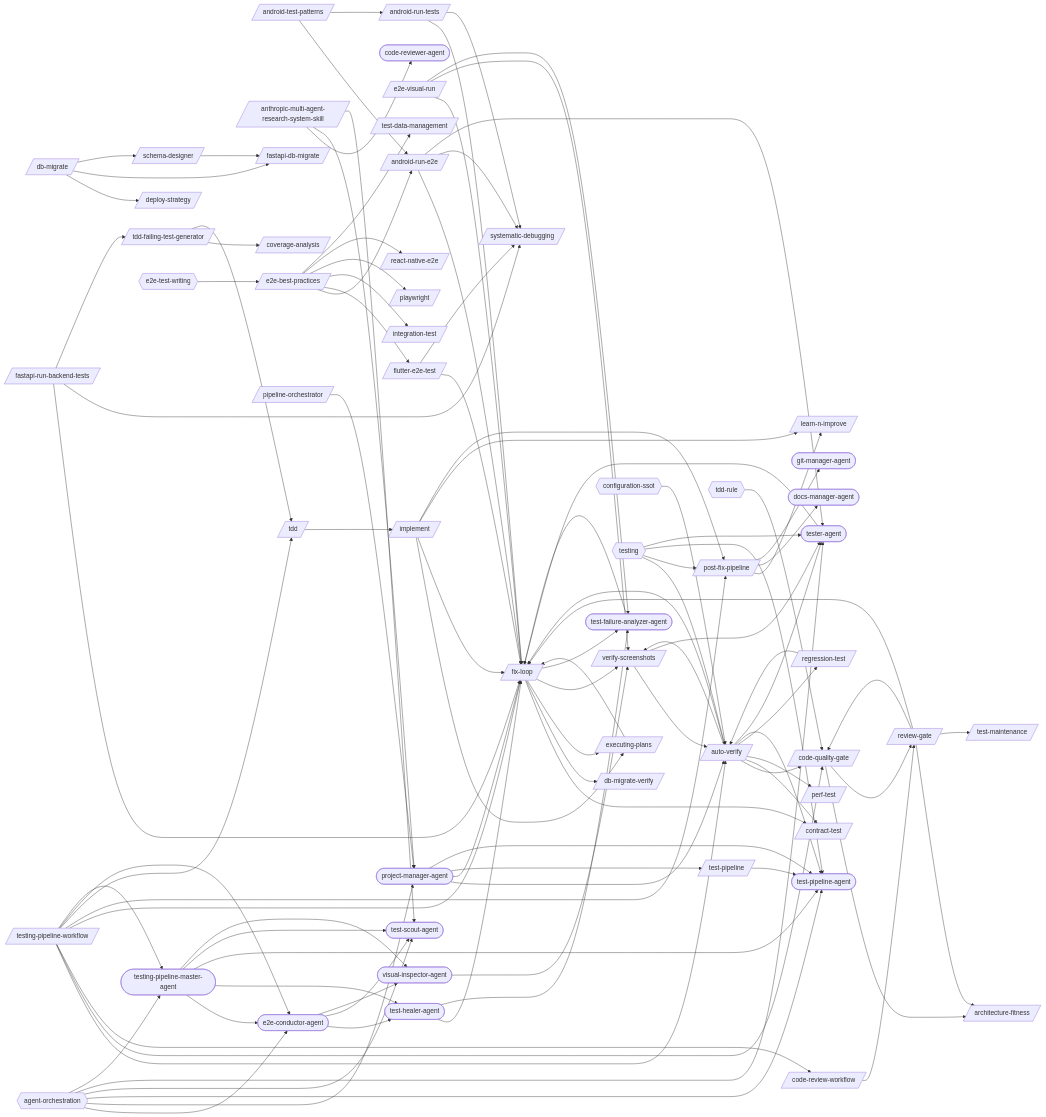
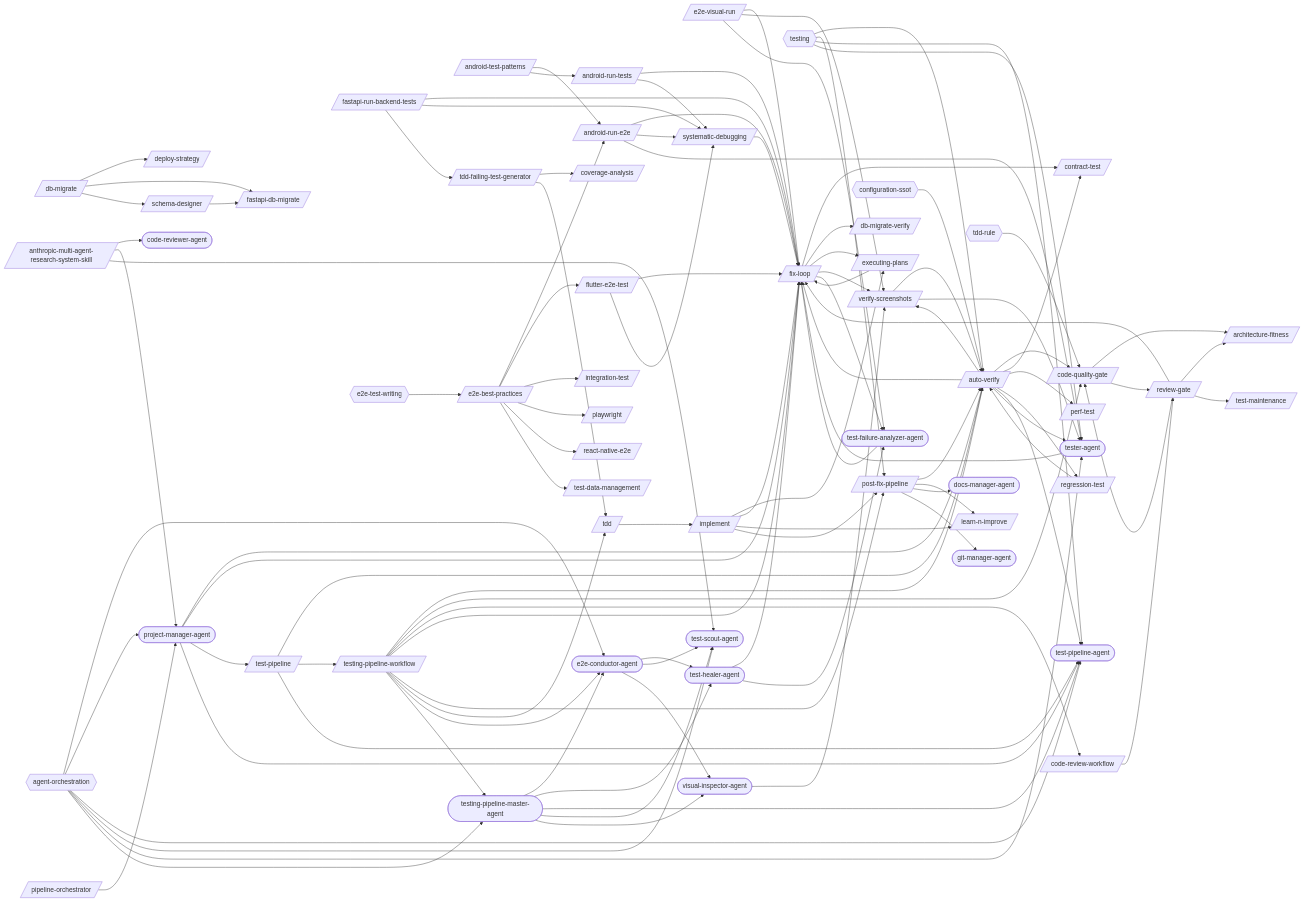
The first of 48 diagrams in docs/workflows/testing-pipeline.md (abhayla/claude-best-practices), drawn with Mermaid before and after one commit. The commit also changed other lines of this file and 12 other files, not shown here.

```diff
--- a/docs/workflows/testing-pipeline.md
+++ b/docs/workflows/testing-pipeline.md
@@ -113,6 +113,7 @@
     implement --> learn_n_improve
     implement --> post_fix_pipeline
     pipeline_orchestrator --> project_manager_agent
+    post_fix_pipeline --> auto_verify
     post_fix_pipeline --> learn_n_improve
     post_fix_pipeline --> docs_manager_agent
     post_fix_pipeline --> git_manager_agent
@@ -122,9 +123,12 @@
     review_gate --> fix_loop
     review_gate --> test_maintenance
     schema_designer --> fastapi_db_migrate
+    systematic_debugging --> fix_loop
     tdd --> implement
     tdd_failing_test_generator --> coverage_analysis
     tdd_failing_test_generator --> tdd
+    test_pipeline --> auto_verify
+    test_pipeline --> testing_pipeline_workflow
     test_pipeline --> test_pipeline_agent
     testing_pipeline_workflow --> auto_verify
     testing_pipeline_workflow --> code_quality_gate
```
